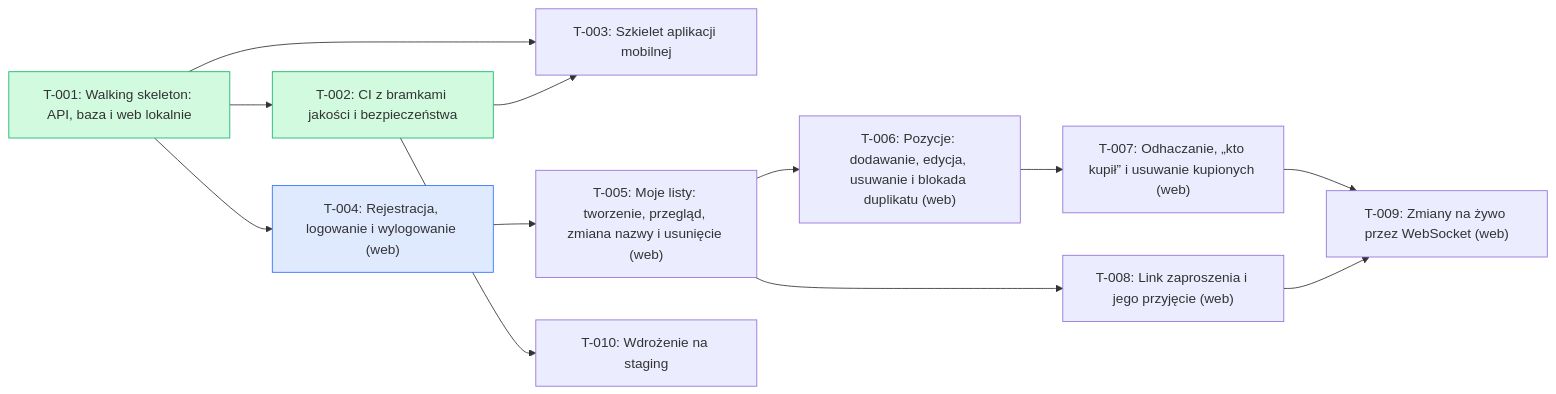
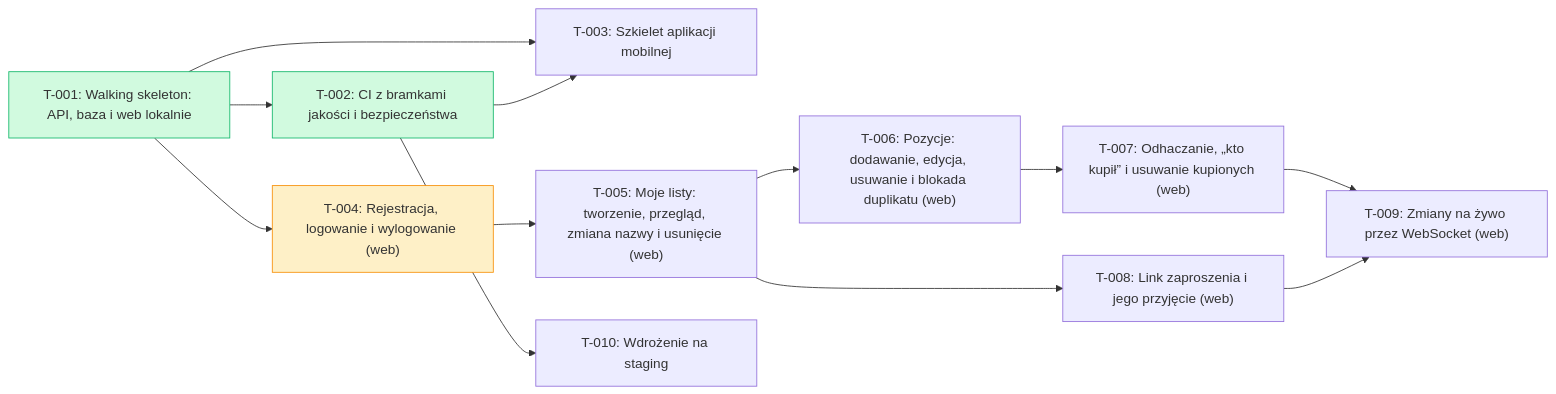
Before and after one commit to tombraz/lista-zakupow: the diagram in docs/backlog/index.md, drawn with Mermaid. The commit also changed other lines of this file and 1 other file, not shown here.

````diff
--- a/docs/backlog/index.md
+++ b/docs/backlog/index.md
@@ -18,28 +18,28 @@
 ```mermaid
 flowchart LR
   T_001["T-001: Walking skeleton: API, baza i web lokalnie"]:::done
   T_002["T-002: CI z bramkami jakości i bezpieczeństwa"]:::done
   T_003["T-003: Szkielet aplikacji mobilnej"]
-  T_004["T-004: Rejestracja, logowanie i wylogowanie (web)"]:::qa
+  T_004["T-004: Rejestracja, logowanie i wylogowanie (web)"]:::wip
   T_005["T-005: Moje listy: tworzenie, przegląd, zmiana nazwy i usunięcie (web)"]
   T_006["T-006: Pozycje: dodawanie, edycja, usuwanie i blokada duplikatu (web)"]
   T_007["T-007: Odhaczanie, „kto kupił” i usuwanie kupionych (web)"]
   T_008["T-008: Link zaproszenia i jego przyjęcie (web)"]
   T_009["T-009: Zmiany na żywo przez WebSocket (web)"]
   T_010["T-010: Wdrożenie na staging"]
   T_001 --> T_002
   T_001 --> T_003
   T_002 --> T_003
   T_001 --> T_004
   T_004 --> T_005
   T_005 --> T_006
   T_006 --> T_007
   T_005 --> T_008
   T_007 --> T_009
   T_008 --> T_009
   T_002 --> T_010
   classDef done fill:#d1fadf,stroke:#12b76a
   classDef wip fill:#fef0c7,stroke:#f79009
   classDef qa fill:#e0eaff,stroke:#2970ff
   classDef blocked fill:#fee4e2,stroke:#f04438
 ```
````
